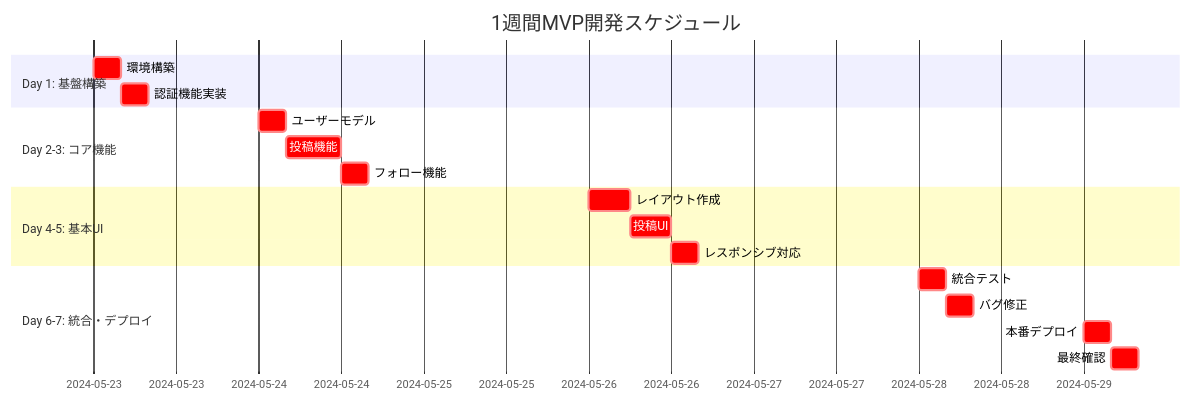
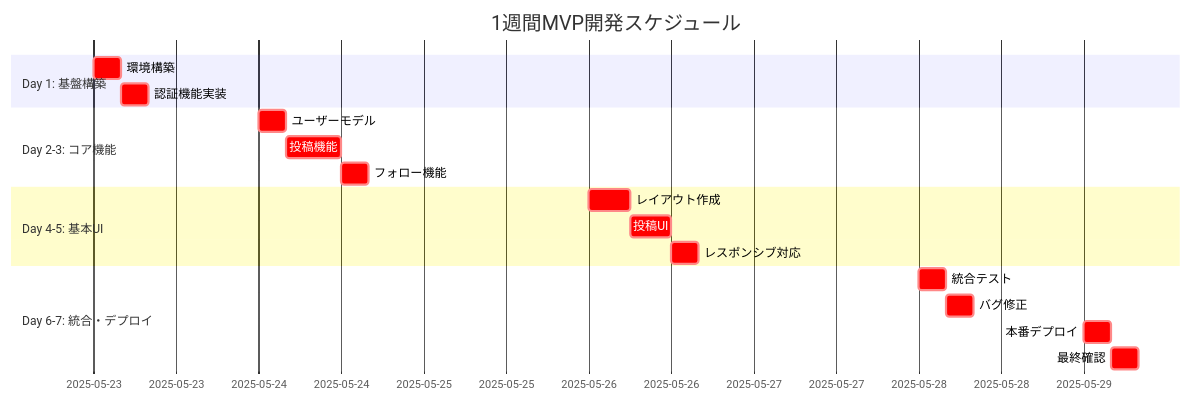
Before and after one commit to kaisumi/cursor-project-1: the first of 2 diagrams in docs/development/milestones/README.md, drawn with Mermaid. The commit also changed other lines of this file and 5 other files, not shown here.

````diff
--- a/docs/development/milestones/README.md
+++ b/docs/development/milestones/README.md
@@ -44,24 +44,24 @@
 ```mermaid
 gantt
     title 1週間MVP開発スケジュール
     dateFormat  YYYY-MM-DD
     section Day 1: 基盤構築
-    環境構築           :crit, env, 2024-05-23, 4h
+    環境構築           :crit, env, 2025-05-23, 4h
     認証機能実装       :crit, auth, after env, 4h
     
     section Day 2-3: コア機能
-    ユーザーモデル     :crit, user, 2024-05-24, 4h
+    ユーザーモデル     :crit, user, 2025-05-24, 4h
     投稿機能          :crit, post, after user, 8h
     フォロー機能      :crit, follow, after post, 4h
     
     section Day 4-5: 基本UI
-    レイアウト作成     :crit, layout, 2024-05-26, 6h
+    レイアウト作成     :crit, layout, 2025-05-26, 6h
     投稿UI           :crit, post-ui, after layout, 6h
     レスポンシブ対応   :crit, responsive, after post-ui, 4h
     
     section Day 6-7: 統合・デプロイ
-    統合テスト        :crit, test, 2024-05-28, 4h
+    統合テスト        :crit, test, 2025-05-28, 4h
     バグ修正         :crit, bugfix, after test, 4h
-    本番デプロイ      :crit, deploy, 2024-05-29, 4h
+    本番デプロイ      :crit, deploy, 2025-05-29, 4h
     最終確認         :crit, final, after deploy, 4h
 ```
````
